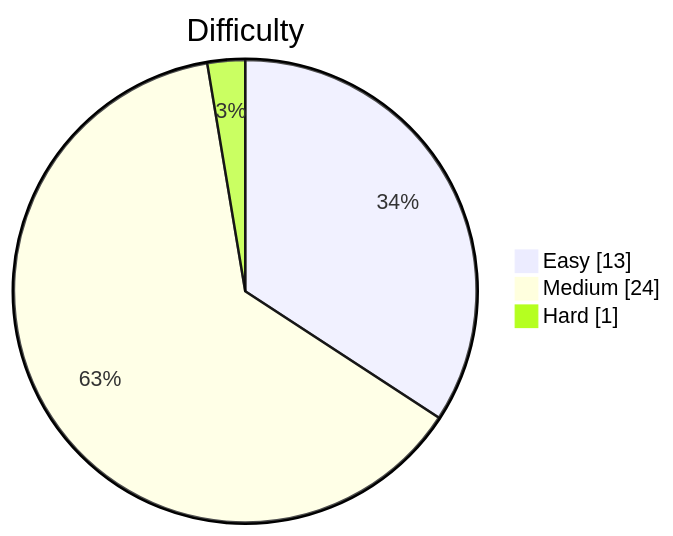
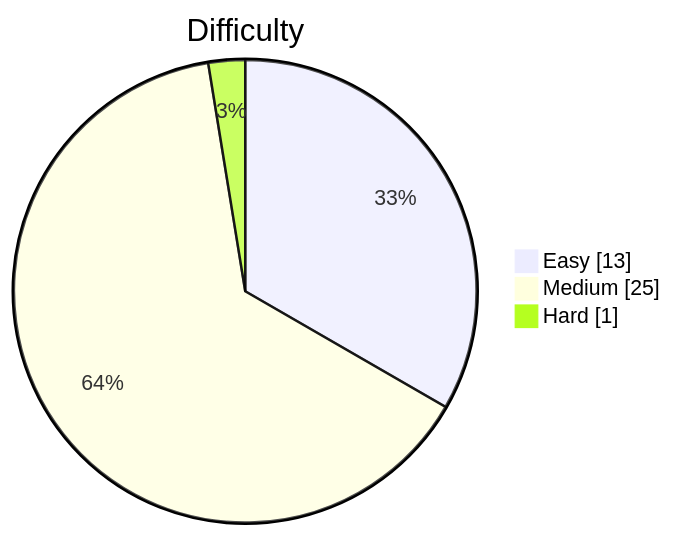
One commit to kevstevie/python-algo-practice changed the diagram in README.md. Above: the diagram before and after it, drawn with Mermaid. The commit also changed other lines of this file, not shown here.

````diff
--- a/README.md
+++ b/README.md
@@ -13,7 +13,7 @@
 ```mermaid
 pie showData
     title Difficulty
     "Easy"   : 13
-    "Medium" : 24
+    "Medium" : 25
     "Hard"   : 1
 ```
````
